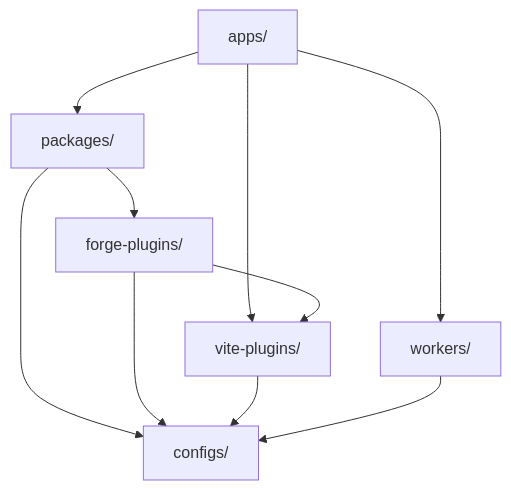
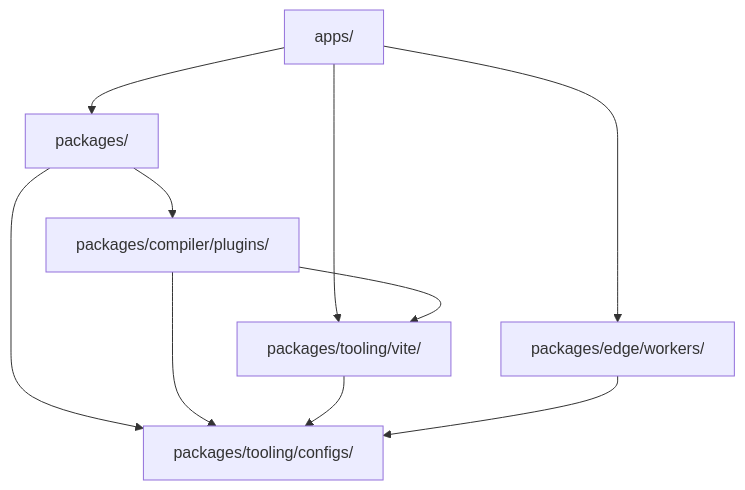
One commit to Mission-Platform/composable-mission-ready-platform changed the diagram in docs/architecture.md. Above: the diagram before and after it, drawn with Mermaid. The commit also changed other lines of this file and 6856 other files, not shown here.

````diff
--- a/docs/architecture.md
+++ b/docs/architecture.md
@@ -17,12 +17,12 @@
 ```mermaid
 graph TD
     Apps[apps/] --> Packages[packages/]
-    Apps --> Plugins[vite-plugins/]
-    Apps --> Workers[workers/]
-    Packages --> ForgePlugins[forge-plugins/]
-    Packages --> Configs[configs/]
+    Apps --> Plugins[packages/tooling/vite/]
+    Apps --> Workers[packages/edge/workers/]
+    Packages --> ForgePlugins[packages/compiler/plugins/]
+    Packages --> Configs[packages/tooling/configs/]
     ForgePlugins --> Plugins
     ForgePlugins --> Configs
     Plugins --> Configs
     Workers --> Configs
 ```
````
